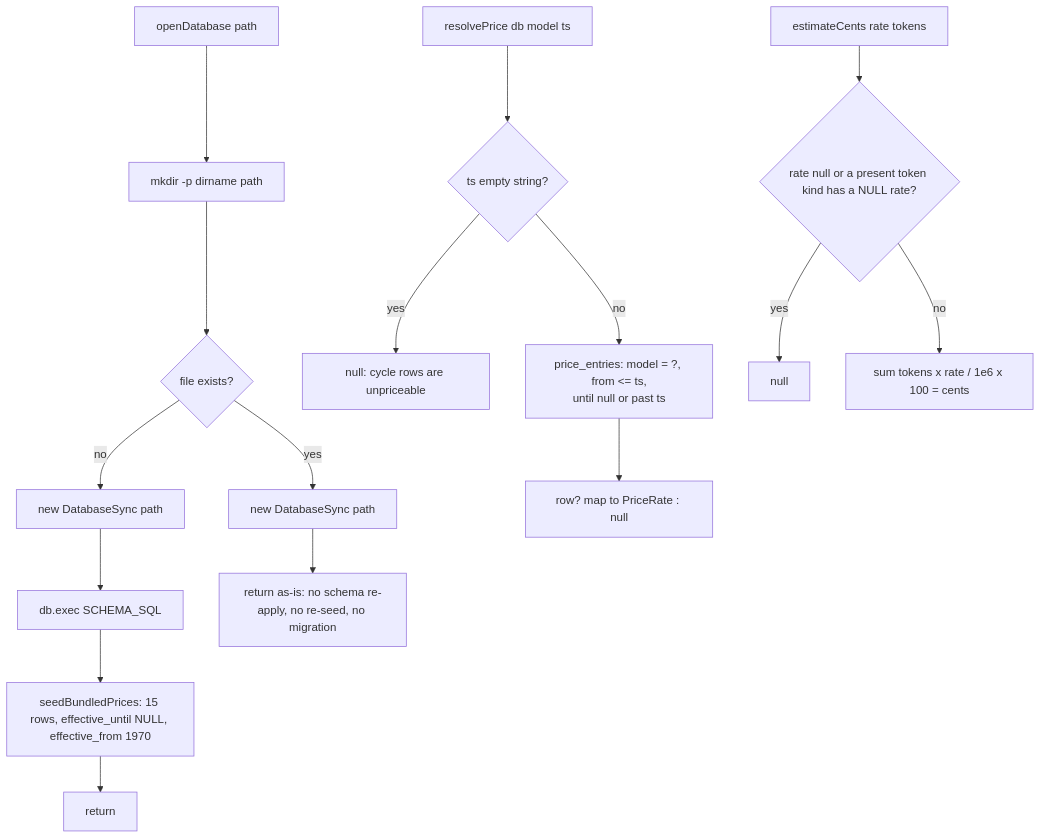
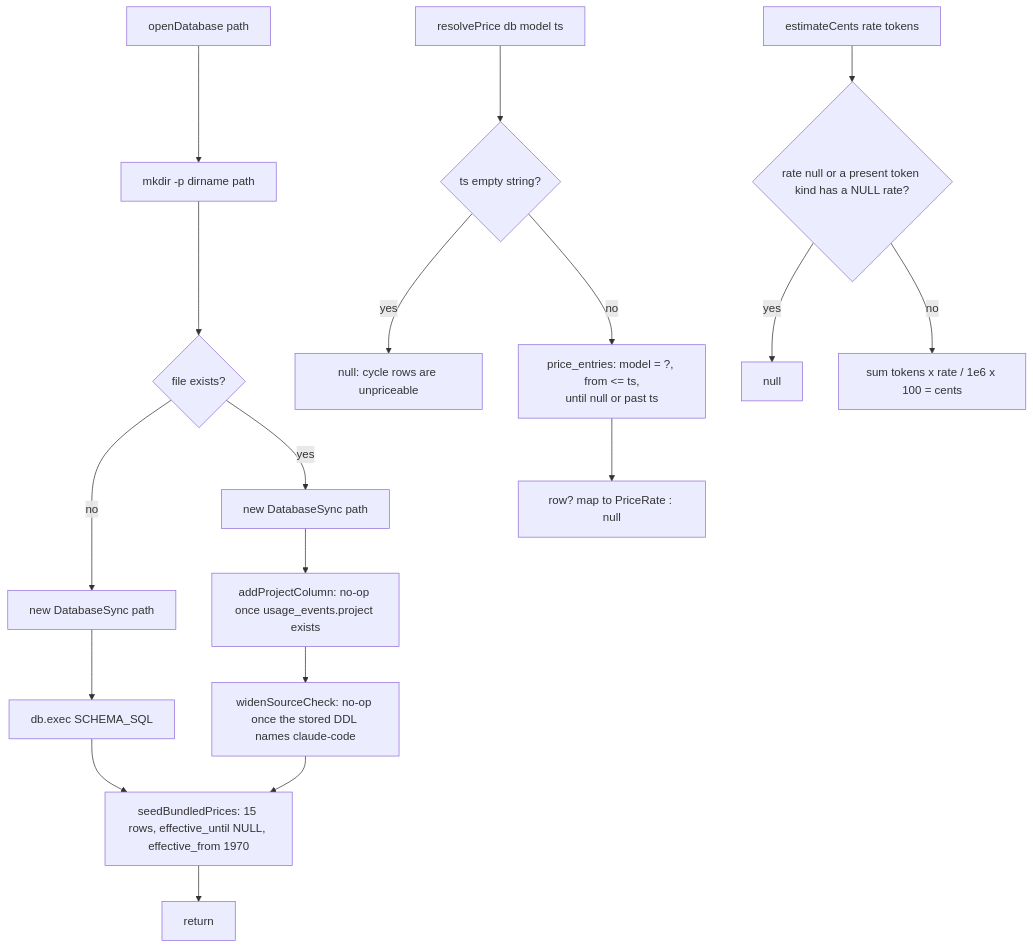
One commit to prajwal-hebbar-07/prompt-burn changed the diagram in docs/architecture/05-database.md. Above: the diagram before and after it, drawn with Mermaid. The commit also changed other lines of this file and 43 other files, not shown here.

First line of the commit message:
feat: add Claude Code as a third usage source

````diff
--- a/docs/architecture/05-database.md
+++ b/docs/architecture/05-database.md
@@ -53,18 +59,20 @@
 ```mermaid
 flowchart TD
     A[openDatabase path] --> B[mkdir -p dirname path]
     B --> C{file exists?}
     C -- no --> D[new DatabaseSync path]
     D --> E[db.exec SCHEMA_SQL]
     E --> F[seedBundledPrices: 15 rows, effective_until NULL, effective_from 1970]
     C -- yes --> D2[new DatabaseSync path]
-    D2 --> G[return as-is: no schema re-apply, no re-seed, no migration]
-    F --> G2[return]
+    D2 --> M1[addProjectColumn: no-op once usage_events.project exists]
+    M1 --> M2[widenSourceCheck: no-op once the stored DDL names claude-code]
+    M2 --> F
+    F --> G[return]
     H[resolvePrice db model ts] --> I{ts empty string?}
     I -- yes --> J[null: cycle rows are unpriceable]
     I -- no --> K[price_entries: model = ?, from &lt;= ts,<br>until null or past ts]
     K --> L[row? map to PriceRate : null]
     M[estimateCents rate tokens] --> N{rate null or a present token kind has a NULL rate?}
     N -- yes --> O[null]
     N -- no --> P[sum tokens x rate / 1e6 x 100 = cents]
 ```
````
